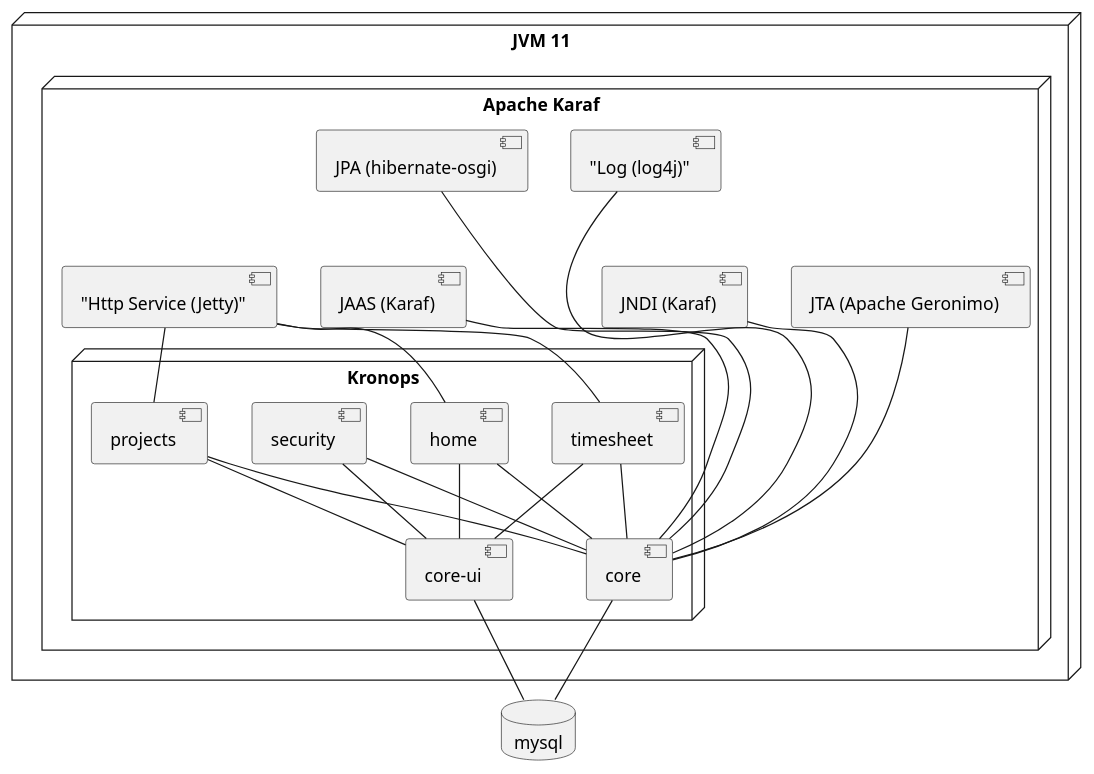
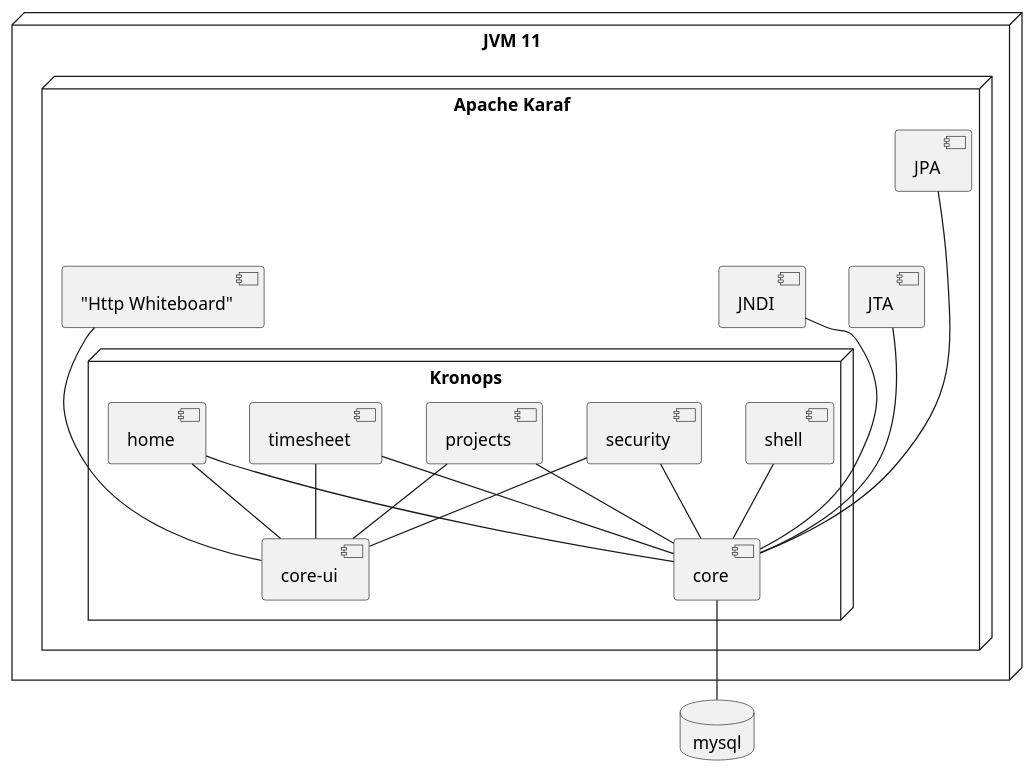
Before and after one commit to TimeboardIO/timeboard: the diagram in docs/modeling/Deployment.puml, drawn with PlantUML. The commit also changed 4 other files, not shown here.

```diff
--- a/docs/modeling/Deployment.puml
+++ b/docs/modeling/Deployment.puml
@@ -1,41 +1,37 @@
 @startuml
 
 database mysql
 
 node "JVM 11" {
     node "Apache Karaf"{
 
 
          node "Kronops"{
              [core] -- mysql
-             [core-ui] -- mysql
              [security] -- core
              [security] -- [core-ui]
              [projects] -- core
              [timesheet] -- core
              [home] -- core
+             [shell] -- core
              [projects] -- [core-ui]
              [timesheet] -- [core-ui]
              [home] -- [core-ui]
 
 
          }
 
 
 
-         [JPA (hibernate-osgi)] ---- core
-         [JAAS (Karaf)] --- core
-         [JTA (Apache Geronimo)] --- core
-         [JNDI (Karaf)] --- core
-         ["Log (log4j)"] ---- core
+         [JPA] ---- core
+         [JTA] --- core
+         [JNDI] --- core
 
-         ["Http Service (Jetty)"] -- projects
-         ["Http Service (Jetty)"] -- timesheet
-         ["Http Service (Jetty)"] -- home
+         ["Http Whiteboard"] --- [core-ui]
     }
 }
 
 
 
 
 @enduml
```
